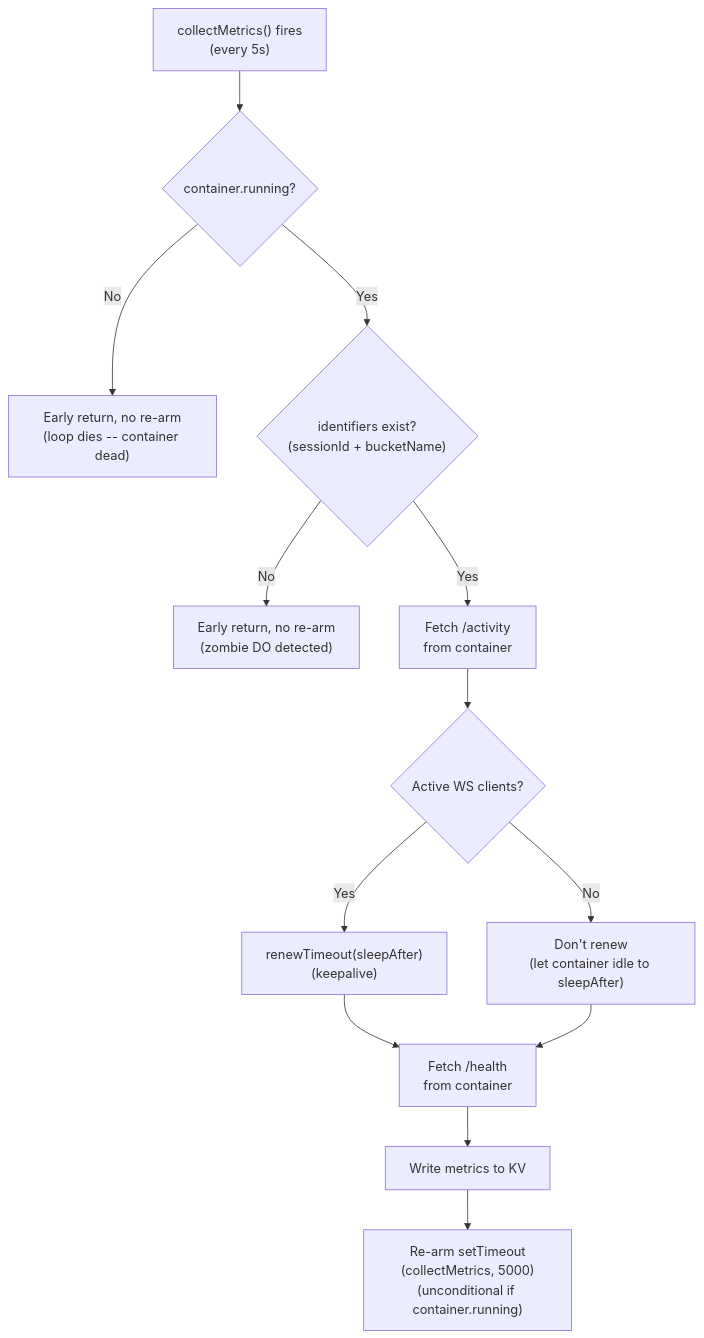
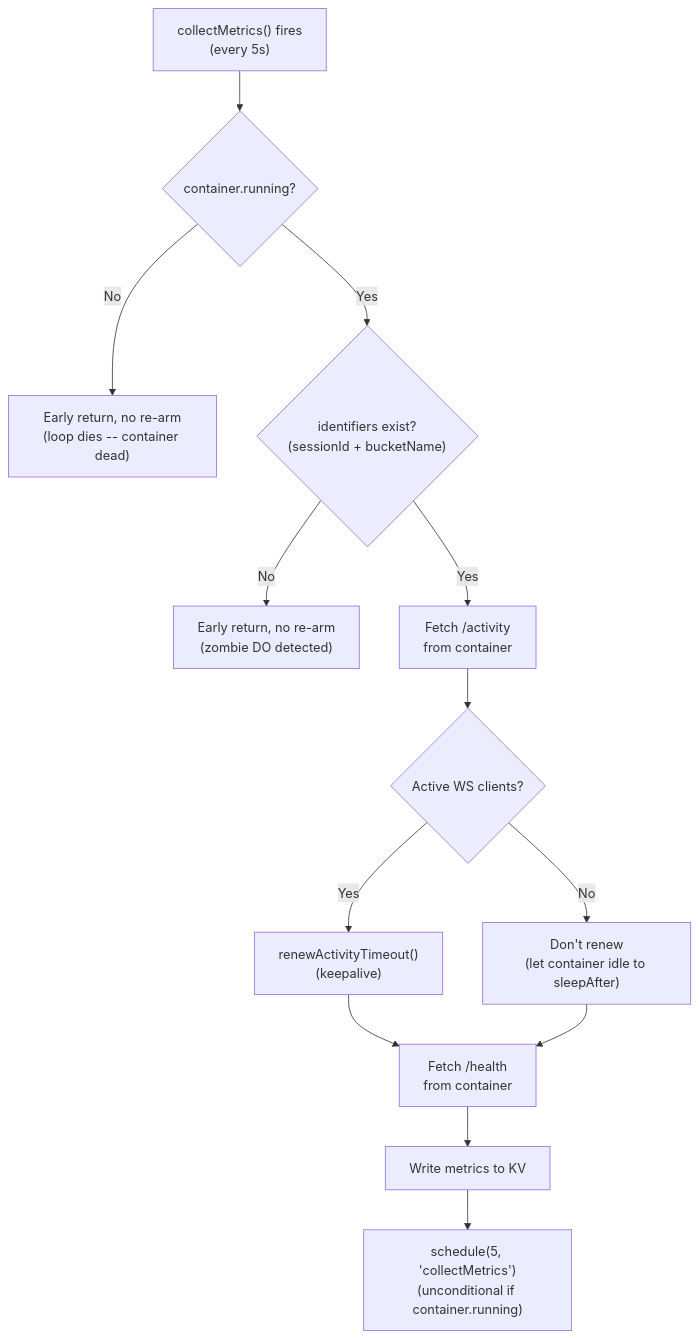
The second of 12 diagrams in TECHNICAL.md (nikolanovoselec/codeflare), drawn with Mermaid before and after one commit. The commit also changed other lines of this file and 8 other files, not shown here.

````diff
--- a/TECHNICAL.md
+++ b/TECHNICAL.md
@@ -99,16 +99,16 @@
 ```mermaid
 flowchart TD
     CM["collectMetrics() fires<br/>(every 5s)"] --> CRunning{"container.running?"}
     CRunning -->|No| Exit1["Early return, no re-arm<br/>(loop dies -- container dead)"]
     CRunning -->|Yes| IDs{"identifiers exist?<br/>(sessionId + bucketName)"}
     IDs -->|No| Exit2["Early return, no re-arm<br/>(zombie DO detected)"]
     IDs -->|Yes| FetchAct["Fetch /activity<br/>from container"]
     FetchAct --> WSClients{"Active WS clients?"}
-    WSClients -->|Yes| Renew["renewTimeout(sleepAfter)<br/>(keepalive)"]
+    WSClients -->|Yes| Renew["renewActivityTimeout()<br/>(keepalive)"]
     WSClients -->|No| NoRenew["Don't renew<br/>(let container idle to sleepAfter)"]
     Renew --> FetchHealth["Fetch /health<br/>from container"]
     NoRenew --> FetchHealth
     FetchHealth --> WriteKV["Write metrics to KV"]
-    WriteKV --> ReArm["Re-arm setTimeout<br/>(collectMetrics, 5000)<br/>(unconditional if container.running)"]
+    WriteKV --> ReArm["schedule(5, 'collectMetrics')<br/>(unconditional if container.running)"]
 
 ```
````
